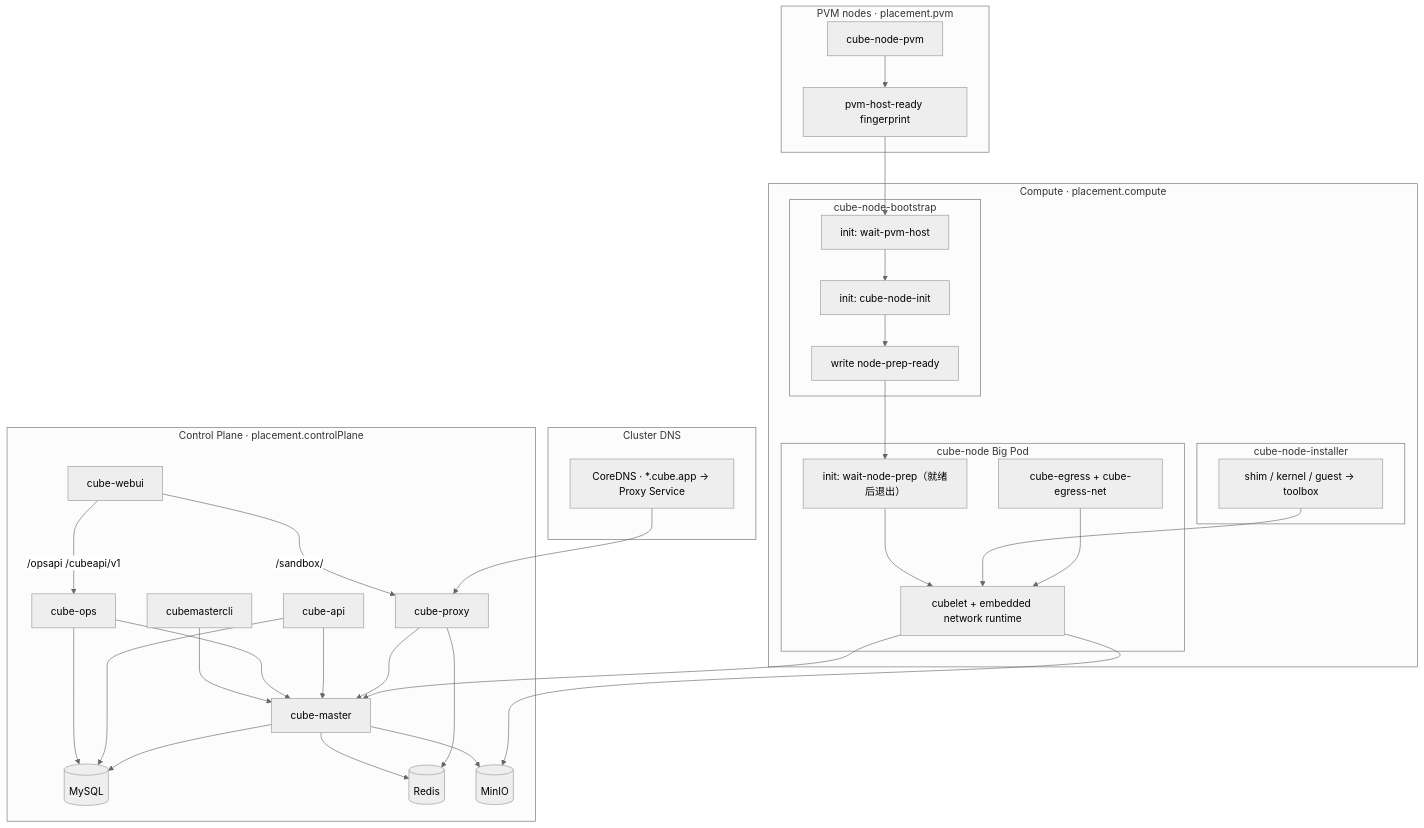
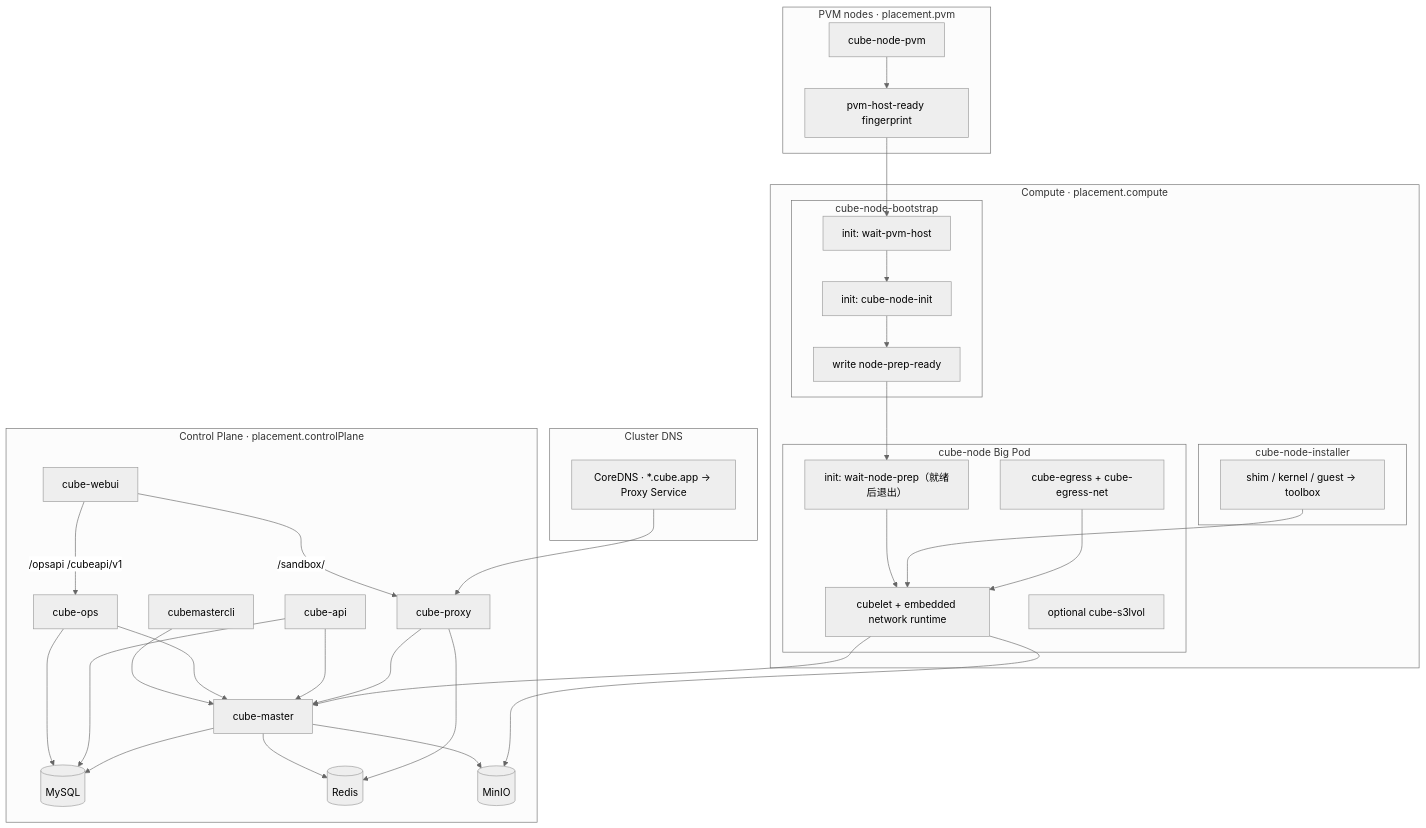
The first of 9 diagrams in docs/zh/guide/kubernetes/architecture.md (FairyWorld/ai_tool_CubeSandbox), drawn with Mermaid (neutral theme) before and after one commit. The commit also changed other lines of this file and 28 other files, not shown here.

First line of the commit message:
feat(s3lvol,k8s): optional s3lvol sidecar in the cube-node Big Pod (#1637)

````diff
--- a/docs/zh/guide/kubernetes/architecture.md
+++ b/docs/zh/guide/kubernetes/architecture.md
@@ -30,63 +30,64 @@
 ```mermaid
 flowchart TB
   subgraph CP["Control Plane · placement.controlPlane"]
     CM["cube-master"]
     API["cube-api"]
     OPS["cube-ops"]
     WEB["cube-webui"]
     CLI["cubemastercli"]
     MYSQL[("MySQL")]
     REDIS[("Redis")]
     MINIO[("MinIO")]
     PROXY["cube-proxy"]
   end
 
   subgraph CLUSTER["Cluster DNS"]
     KDNS["CoreDNS · *.cube.app → Proxy Service"]
   end
 
   subgraph PVMN["PVM nodes · placement.pvm"]
     PVMDS["cube-node-pvm"]
     PVMREADY["pvm-host-ready fingerprint"]
   end
 
   subgraph COMPUTE["Compute · placement.compute"]
     subgraph BOOT["cube-node-bootstrap"]
       WAITPVM["init: wait-pvm-host"]
       NINIT["init: cube-node-init"]
       READY["write node-prep-ready"]
     end
     subgraph INST["cube-node-installer"]
       ART["shim / kernel / guest → toolbox"]
     end
     subgraph NODE["cube-node Big Pod"]
       WAIT["init: wait-node-prep（就绪后退出）"]
       RUN["cubelet + embedded network runtime"]
       EG["cube-egress + cube-egress-net"]
+      S3L["optional cube-s3lvol"]
     end
   end
 
   WEB -->|"/opsapi /cubeapi/v1"| OPS
   WEB -->|"/sandbox/"| PROXY
   CLI --> CM
   OPS --> CM
   OPS --> MYSQL
   API --> CM
   API --> MYSQL
   CM --> MYSQL
   CM --> REDIS
   CM --> MINIO
   RUN --> MINIO
   PROXY --> REDIS
   PROXY --> CM
   KDNS --> PROXY
   PVMDS --> PVMREADY
   PVMREADY --> WAITPVM
   WAITPVM --> NINIT
   NINIT --> READY
   READY --> WAIT
   WAIT --> RUN
   ART --> RUN
   RUN --> CM
   EG --> RUN
 ```
````
